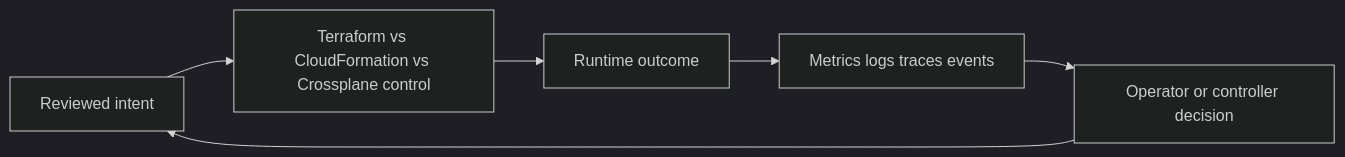
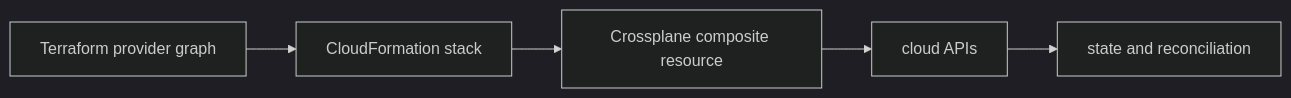
The diagram in docs/study/iac/05-terraform-vs-cloudformation-vs-crossplane.md (m1mohamad/devops-sre-prep), drawn with Mermaid (dark theme) before and after one commit. The commit also changed other lines of this file and 61 other files, not shown here.

Commit message:
Replace generic architecture and study templates

````diff
--- a/docs/study/iac/05-terraform-vs-cloudformation-vs-crossplane.md
+++ b/docs/study/iac/05-terraform-vs-cloudformation-vs-crossplane.md
@@ -20,8 +15,4 @@
 ```mermaid
 flowchart LR
-  Intent[Reviewed intent] --> Control[Terraform vs CloudFormation vs Crossplane control]
-  Control --> Runtime[Runtime outcome]
-  Runtime --> Signals[Metrics logs traces events]
-  Signals --> Decision[Operator or controller decision]
-  Decision --> Intent
+  N0[Terraform provider graph] --> N1[CloudFormation stack] --> N2[Crossplane composite resource] --> N3[cloud APIs] --> N4[state and reconciliation]
 ```
````
